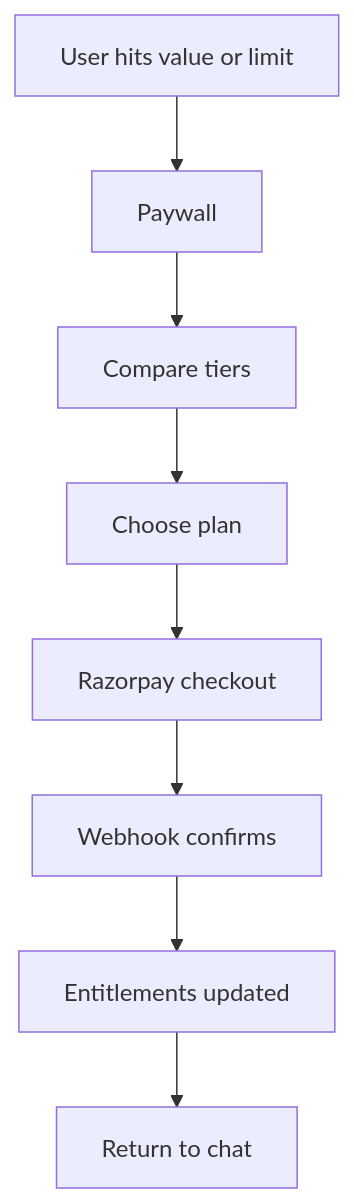
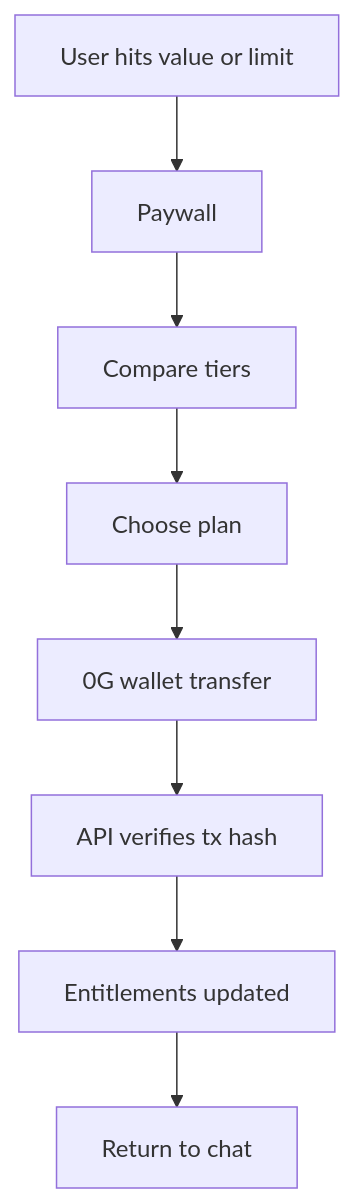
One commit to Afnanksalal/hana-chat changed diagram 12 of 15 in docs/hana-chat-user-flows.md. Above: the diagram before and after it, drawn with Mermaid. The commit also changed 25 other files, not shown here.

````diff
--- a/docs/hana-chat-user-flows.md
+++ b/docs/hana-chat-user-flows.md
@@ -498,10 +498,10 @@
 ```mermaid
 flowchart TD
   A["User hits value or limit"] --> B["Paywall"]
   B --> C["Compare tiers"]
   C --> D["Choose plan"]
-  D --> E["Razorpay checkout"]
-  E --> F["Webhook confirms"]
+  D --> E["0G wallet transfer"]
+  E --> F["API verifies tx hash"]
   F --> G["Entitlements updated"]
   G --> H["Return to chat"]
 ```
````
